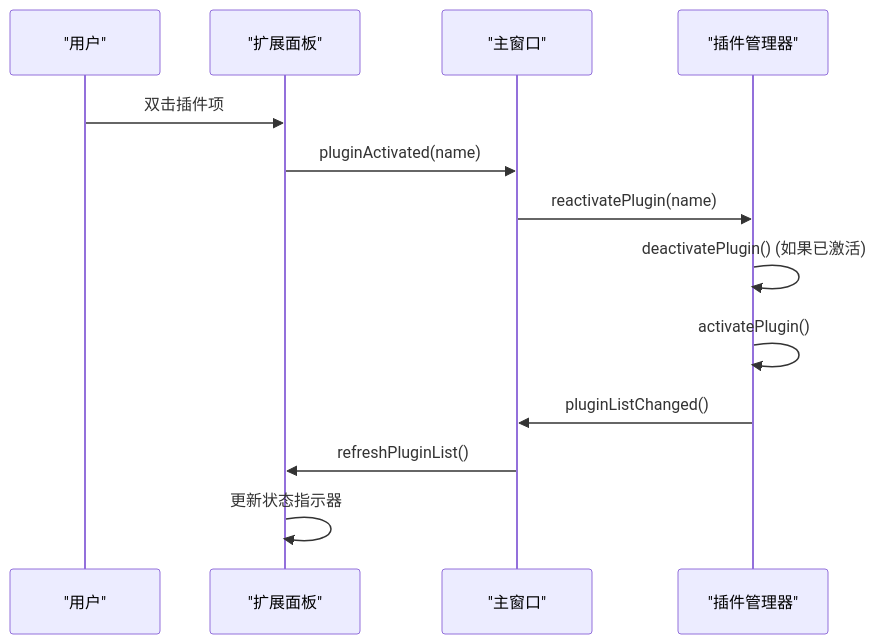
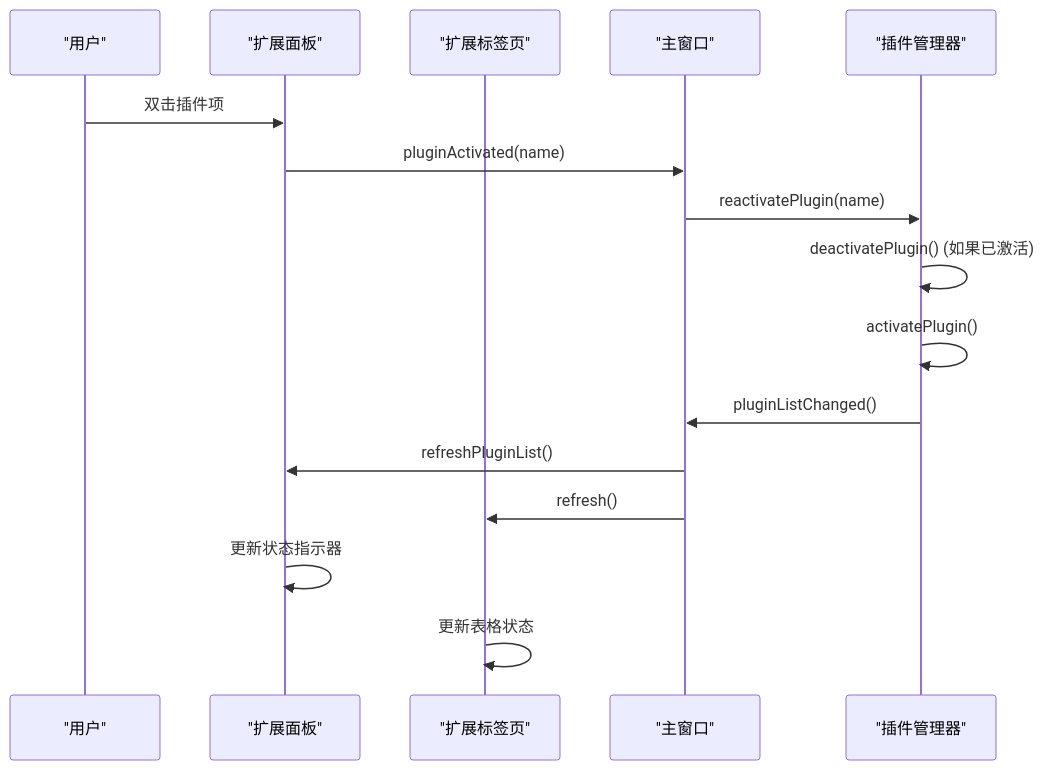
One commit to jakecai1225-design/OpenBus changed the eighth of 10 diagrams in .qoder/repowiki/zh/content/架构设计/插件系统架构/扩展面板系统.md. Above: the diagram before and after it, drawn with Mermaid. The commit also changed other lines of this file and 78 other files, not shown here.

````diff
--- a/.qoder/repowiki/zh/content/架构设计/插件系统架构/扩展面板系统.md
+++ b/.qoder/repowiki/zh/content/架构设计/插件系统架构/扩展面板系统.md
@@ -365,15 +382,18 @@
 ```mermaid
 sequenceDiagram
 participant User as "用户"
 participant EP as "扩展面板"
+participant ET as "扩展标签页"
 participant MW as "主窗口"
 participant PM as "插件管理器"
 User->>EP : 双击插件项
 EP->>MW : pluginActivated(name)
 MW->>PM : reactivatePlugin(name)
 PM->>PM : deactivatePlugin() (如果已激活)
 PM->>PM : activatePlugin()
 PM->>MW : pluginListChanged()
 MW->>EP : refreshPluginList()
+MW->>ET : refresh()
 EP->>EP : 更新状态指示器
+ET->>ET : 更新表格状态
 ```
````
